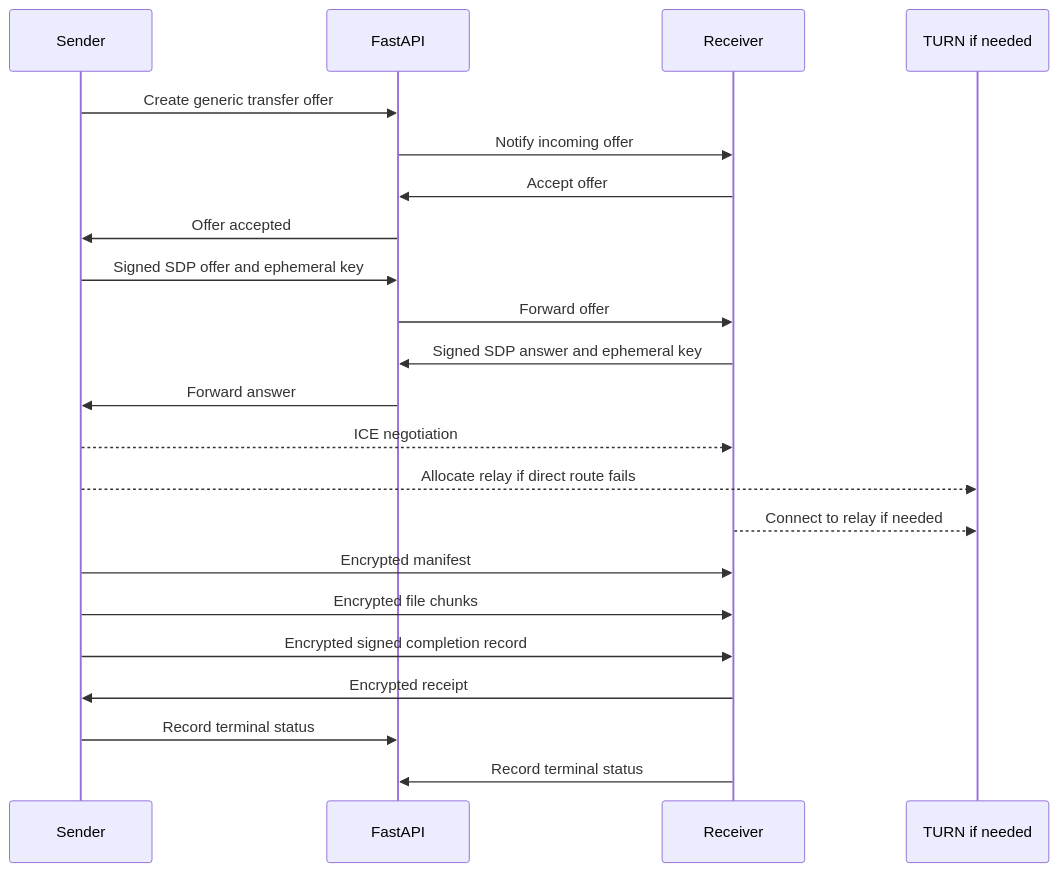
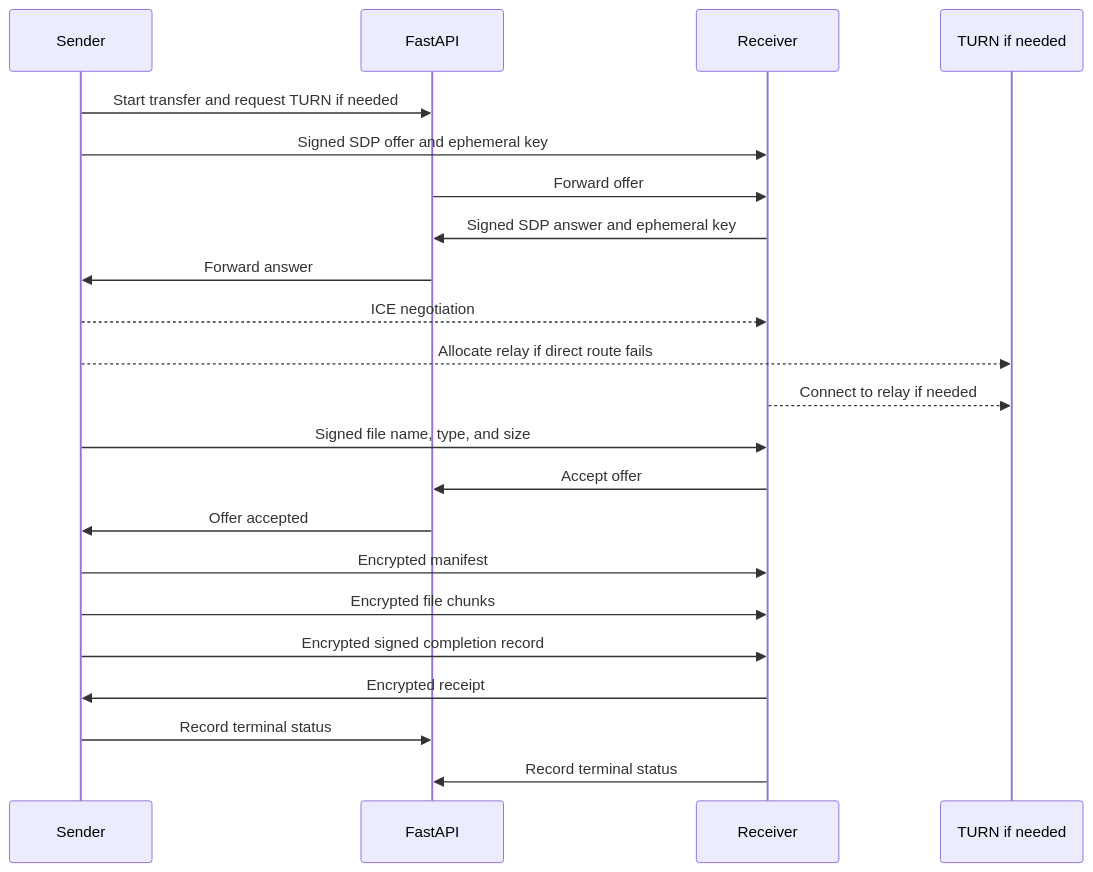
The second of 2 diagrams in docs/architecture.md (Vay134/SelfRelay), drawn with Mermaid before and after one commit. The commit also changed other lines of this file and 58 other files, not shown here.

````diff
--- a/docs/architecture.md
+++ b/docs/architecture.md
@@ -126,25 +126,25 @@
 ```mermaid
 sequenceDiagram
     participant S as Sender
     participant API as FastAPI
     participant R as Receiver
     participant T as TURN if needed
 
-    S->>API: Create generic transfer offer
-    API->>R: Notify incoming offer
-    R->>API: Accept offer
-    API->>S: Offer accepted
-    S->>API: Signed SDP offer and ephemeral key
+    S->>API: Start transfer and request TURN if needed
+    S->>R: Signed SDP offer and ephemeral key
     API->>R: Forward offer
     R->>API: Signed SDP answer and ephemeral key
     API->>S: Forward answer
     S-->>R: ICE negotiation
     S-->>T: Allocate relay if direct route fails
     R-->>T: Connect to relay if needed
+    S->>R: Signed file name, type, and size
+    R->>API: Accept offer
+    API->>S: Offer accepted
     S->>R: Encrypted manifest
     S->>R: Encrypted file chunks
     S->>R: Encrypted signed completion record
     R->>S: Encrypted receipt
     S->>API: Record terminal status
     R->>API: Record terminal status
 ```
````
